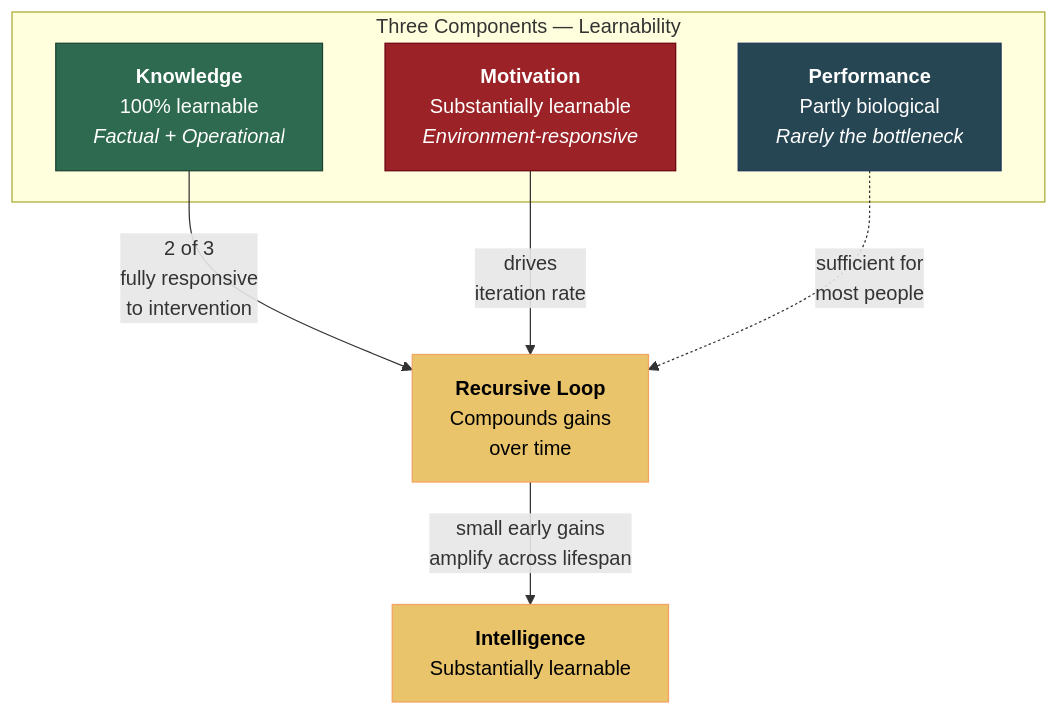
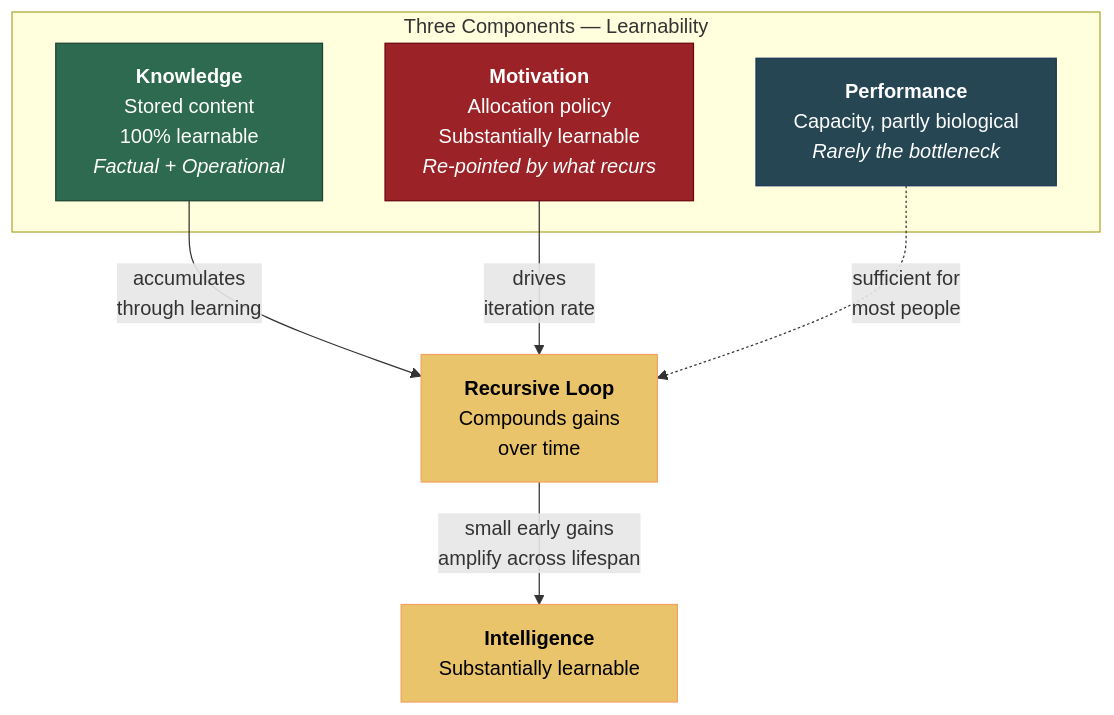
Before and after one commit to JeltzProstetnic/aIware: the diagram in wiki/education/intelligence-learnable.md, drawn with Mermaid. The commit also changed other lines of this file and 124 other files, not shown here.

````diff
--- a/wiki/education/intelligence-learnable.md
+++ b/wiki/education/intelligence-learnable.md
@@ -33,20 +37,20 @@
 ```mermaid
 graph TD
     subgraph Components["Three Components — Learnability"]
-        K["<b>Knowledge</b><br/>100% learnable<br/><i>Factual + Operational</i>"]
-        M["<b>Motivation</b><br/>Substantially learnable<br/><i>Environment-responsive</i>"]
-        P["<b>Performance</b><br/>Partly biological<br/><i>Rarely the bottleneck</i>"]
+        K["<b>Knowledge</b><br/>Stored content<br/>100% learnable<br/><i>Factual + Operational</i>"]
+        M["<b>Motivation</b><br/>Allocation policy<br/>Substantially learnable<br/><i>Re-pointed by what recurs</i>"]
+        P["<b>Performance</b><br/>Capacity, partly biological<br/><i>Rarely the bottleneck</i>"]
     end
 
-    K -->|"2 of 3<br/>fully responsive<br/>to intervention"| LOOP["<b>Recursive Loop</b><br/>Compounds gains<br/>over time"]
+    K -->|"accumulates<br/>through learning"| LOOP["<b>Recursive Loop</b><br/>Compounds gains<br/>over time"]
     M -->|"drives<br/>iteration rate"| LOOP
     P -.->|"sufficient for<br/>most people"| LOOP
 
     LOOP -->|"small early gains<br/>amplify across lifespan"| OUT["<b>Intelligence</b><br/>Substantially learnable"]
 
     style K fill:#2d6a4f,color:#fff,stroke:#1b4332
     style M fill:#9b2226,color:#fff,stroke:#6a040f
     style P fill:#264653,color:#fff,stroke:#1d3557
     style LOOP fill:#e9c46a,color:#000,stroke:#f4a261
     style OUT fill:#e9c46a,color:#000,stroke:#f4a261
 ```
````
